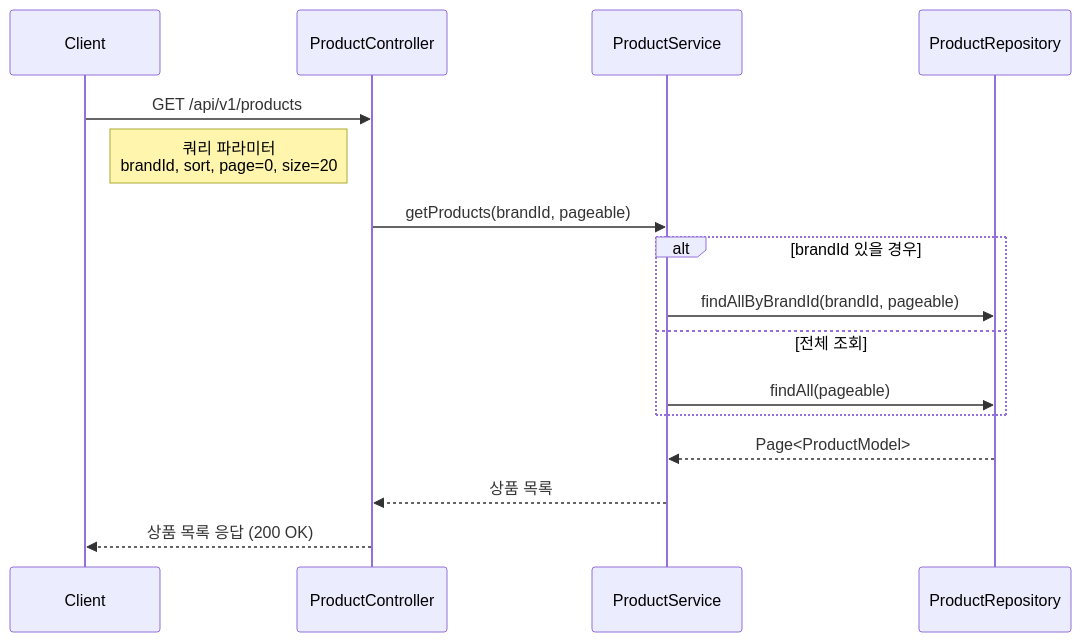
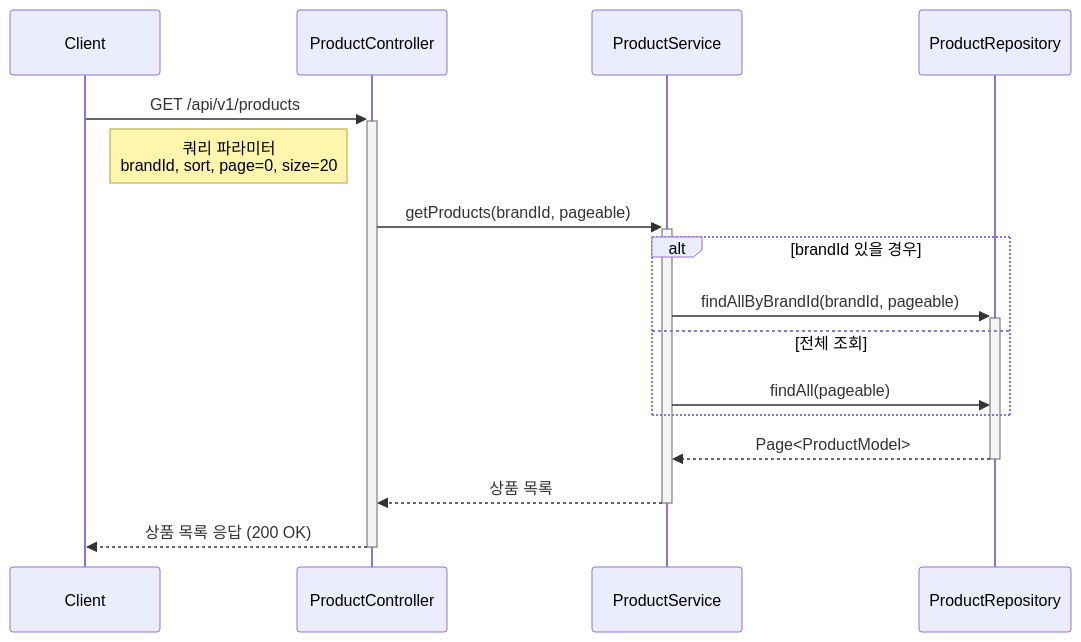
The second of 21 diagrams in .docs/design/02-sequence-diagrams.md (Loopers-dev-lab/loop-pack-be-l2-vol3-kotlin), drawn with Mermaid before and after one commit. The commit also changed other lines of this file, not shown here.

Commit message:
docs: 시퀀스 다이어그램 activation bar 추가

````diff
--- a/.docs/design/02-sequence-diagrams.md
+++ b/.docs/design/02-sequence-diagrams.md
@@ -40,21 +40,21 @@
 ```mermaid
 sequenceDiagram
     participant Client
     participant ProductController
     participant ProductService
     participant ProductRepository
 
-    Client ->> ProductController: GET /api/v1/products
+    Client ->>+ ProductController: GET /api/v1/products
     Note left of ProductController: 쿼리 파라미터<br/> brandId, sort, page=0, size=20
-    ProductController ->> ProductService: getProducts(brandId, pageable)
+    ProductController ->>+ ProductService: getProducts(brandId, pageable)
     alt brandId 있을 경우
-        ProductService ->> ProductRepository: findAllByBrandId(brandId, pageable)
+        ProductService ->>+ ProductRepository: findAllByBrandId(brandId, pageable)
     else 전체 조회
         ProductService ->> ProductRepository: findAll(pageable)
     end
 
-    ProductRepository -->> ProductService: Page<ProductModel>
-    ProductService -->> ProductController: 상품 목록
-    ProductController -->> Client: 상품 목록 응답 (200 OK)
+    ProductRepository -->>- ProductService: Page<ProductModel>
+    ProductService -->>- ProductController: 상품 목록
+    ProductController -->>- Client: 상품 목록 응답 (200 OK)
 
 ```
````
